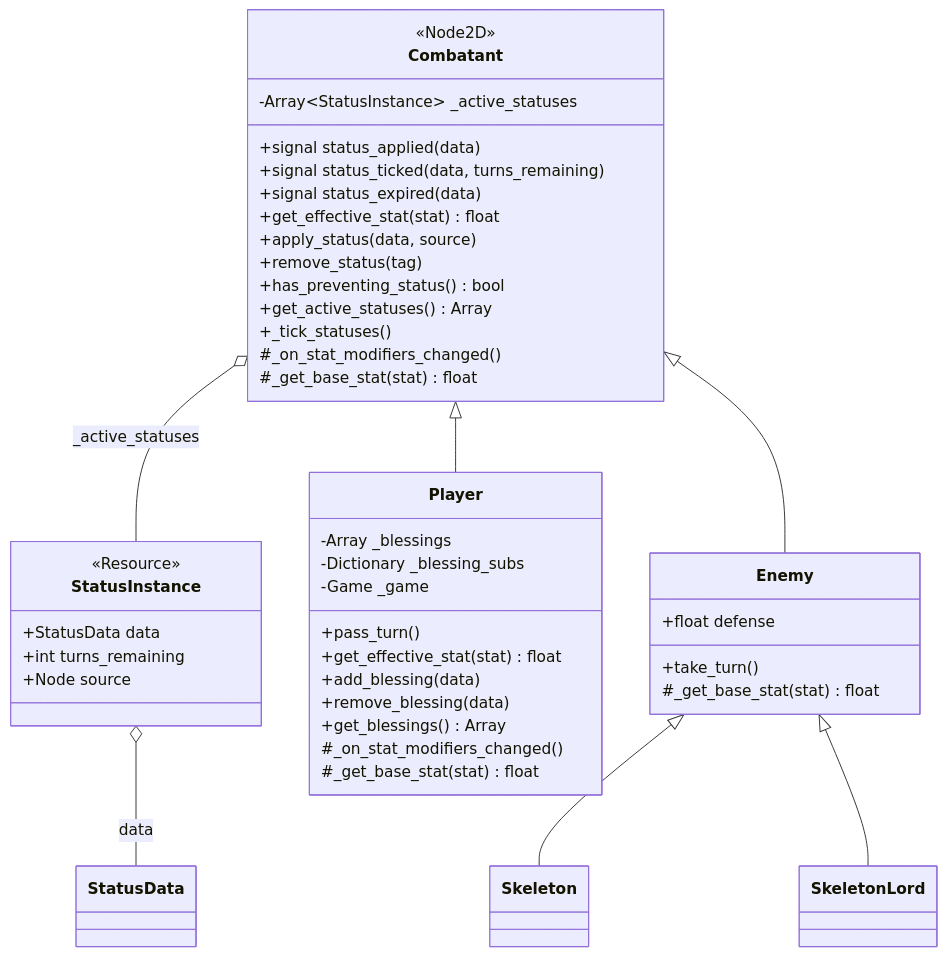
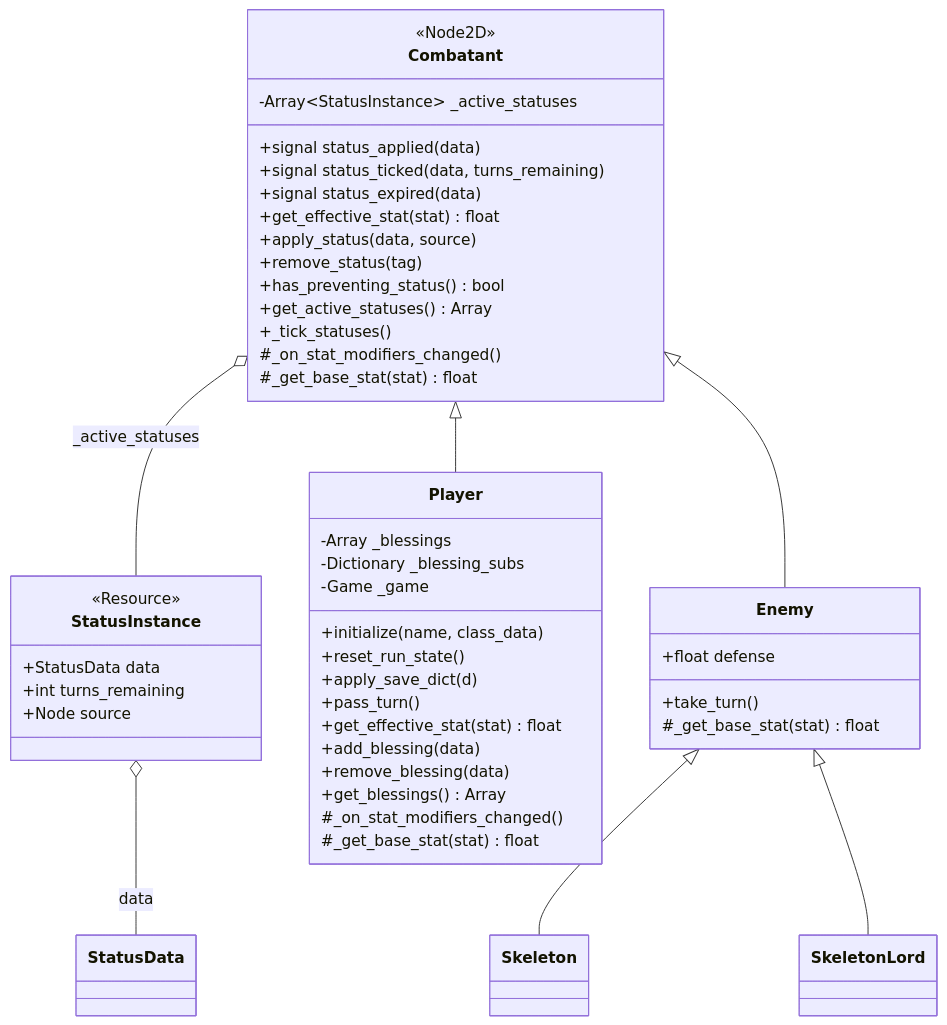
Before and after one commit to mjholder/crawler: the fifth of 5 diagrams in journal/architecture.md, drawn with Mermaid. The commit also changed other lines of this file and 33 other files, not shown here.

````diff
--- a/journal/architecture.md
+++ b/journal/architecture.md
@@ -309,52 +345,55 @@
 ```mermaid
 classDiagram
     class StatusInstance {
         <<Resource>>
         +StatusData data
         +int turns_remaining
         +Node source
     }
     class Combatant {
         <<Node2D>>
         +signal status_applied(data)
         +signal status_ticked(data, turns_remaining)
         +signal status_expired(data)
         -Array~StatusInstance~ _active_statuses
         +get_effective_stat(stat) float
         +apply_status(data, source)
         +remove_status(tag)
         +has_preventing_status() bool
         +get_active_statuses() Array
         +_tick_statuses()
         #_on_stat_modifiers_changed()
         #_get_base_stat(stat) float
     }
     class Player {
+        +initialize(name, class_data)
+        +reset_run_state()
+        +apply_save_dict(d)
         +pass_turn()
         +get_effective_stat(stat) float
         +add_blessing(data)
         +remove_blessing(data)
         +get_blessings() Array
         -Array _blessings
         -Dictionary _blessing_subs
         -Game _game
         #_on_stat_modifiers_changed()
         #_get_base_stat(stat) float
     }
     class Enemy {
         +float defense
         +take_turn()
         #_get_base_stat(stat) float
     }
     class Skeleton {
     }
     class SkeletonLord {
     }
 
     Combatant o-- StatusInstance : _active_statuses
     StatusInstance o-- StatusData : data
     Combatant <|-- Player
     Combatant <|-- Enemy
     Enemy <|-- Skeleton
     Enemy <|-- SkeletonLord
 ```
````
